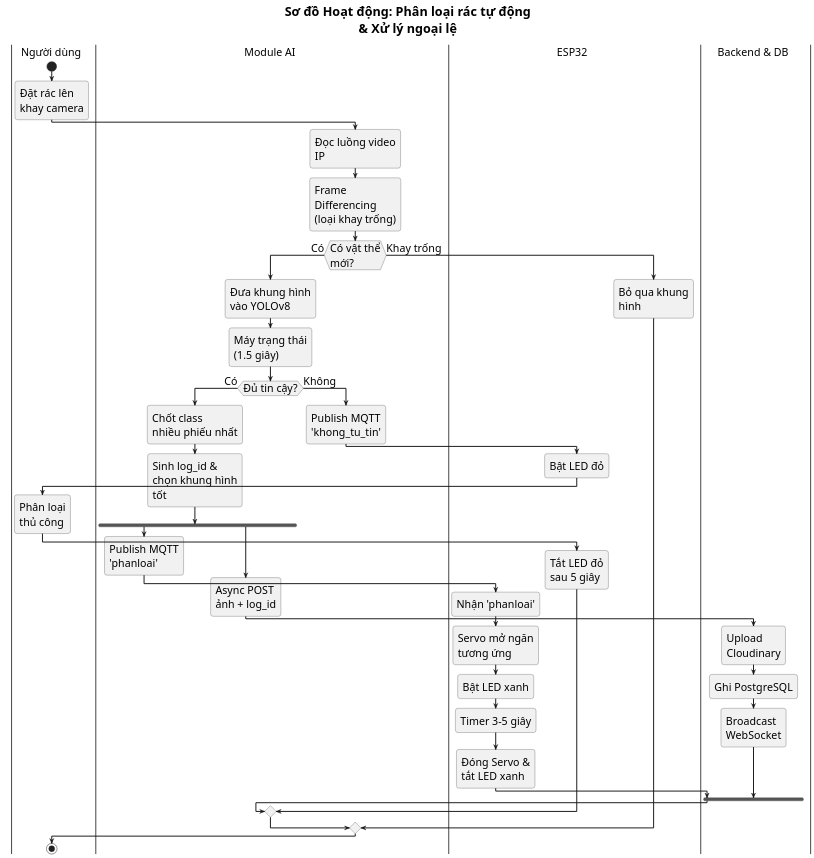
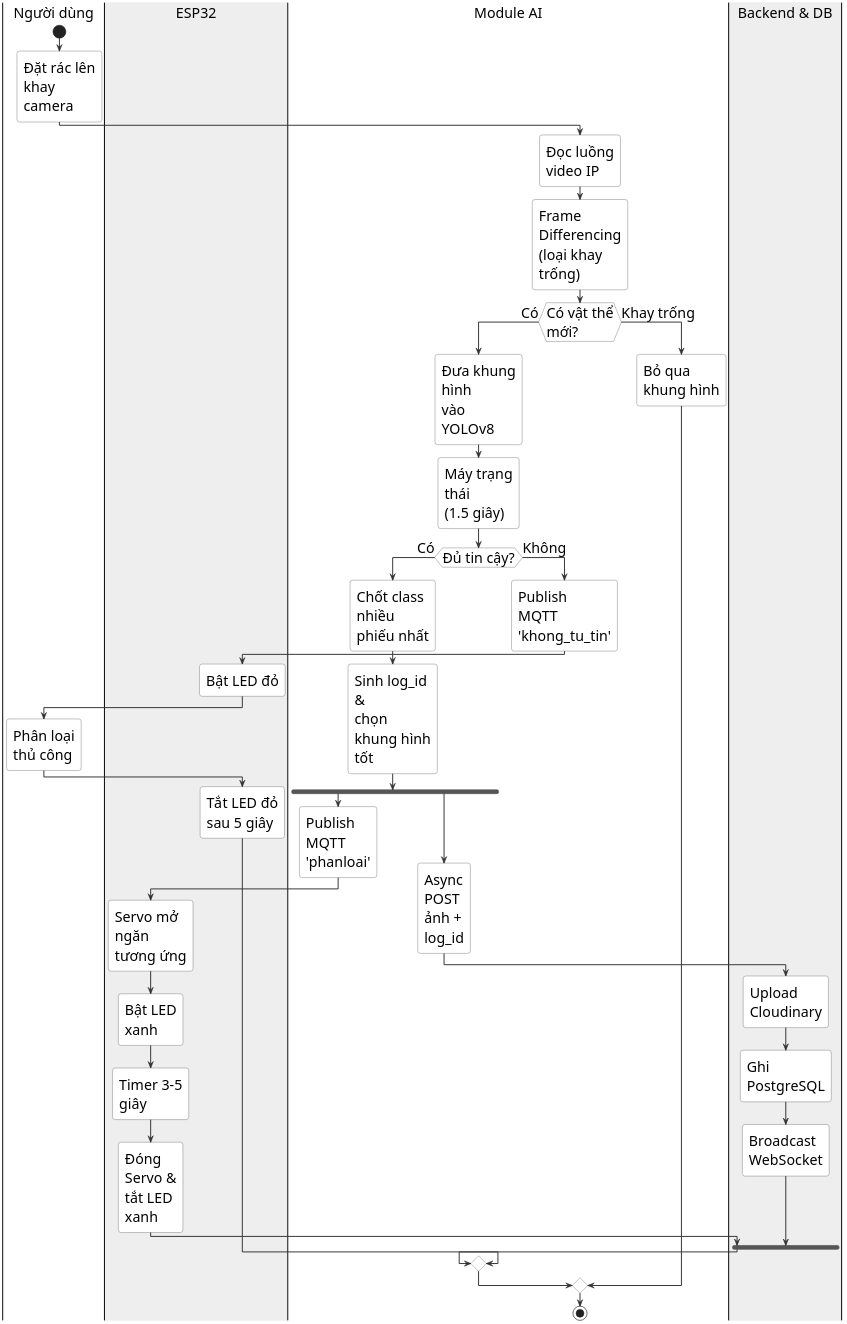
Before and after one commit to NguyenTAnh2005/Do-An-Mon-Hoc: the diagram in DOCS/SoDoKienTruc/2.6.md, drawn with PlantUML. The commit also changed 8 other files, not shown here.

```diff
--- a/DOCS/SoDoKienTruc/2.6.md
+++ b/DOCS/SoDoKienTruc/2.6.md
@@ -1,63 +1,68 @@
 @startuml
-skinparam dpi 150
-skinparam defaultFontName Arial
+skinparam dpi 200
+skinparam defaultFontName "Times New Roman"
 skinparam defaultFontSize 22
 skinparam shadowing false
-skinparam roundcorner 10
-skinparam swimlaneWidth same
-skinparam wrapWidth 180
-skinparam ArrowThickness 2
-skinparam TitleFontSize 26
+skinparam roundcorner 8
+skinparam wrapWidth 120
+skinparam ArrowThickness 1.5
+skinparam ArrowColor #333333
+skinparam activity {
+BackgroundColor #FFFFFF
+BorderColor #444444
+DiamondBackgroundColor #FFFFFF
+DiamondBorderColor #444444
+}
 
-title Sơ đồ Hoạt động: Phân loại rác tự động\n& Xử lý ngoại lệ
-
-|Người dùng|
+|#FFFFFF|Người dùng|
 start
 :Đặt rác lên\nkhay camera;
 
-|Module AI|
-:Đọc luồng video IP;
+|#EEEEEE|ESP32|
+|#FFFFFF|Module AI|
+:Đọc luồng\nvideo IP;
 :Frame Differencing\n(loại khay trống);
 
 if (Có vật thể\nmới?) then (Có)
 :Đưa khung hình\nvào YOLOv8;
 :Máy trạng thái\n(1.5 giây);
 
 if (Đủ tin cậy?) then (Có)
 :Chốt class\nnhiều phiếu nhất;
 :Sinh log_id &\nchọn khung hình tốt;
 
     fork
       :Publish MQTT\n'phanloai';
       |ESP32|
-      :Nhận 'phanloai';
       :Servo mở ngăn\ntương ứng;
       :Bật LED xanh;
       :Timer 3-5 giây;
       :Đóng Servo &\ntắt LED xanh;
     fork again
       |Module AI|
       :Async POST\nảnh + log_id;
-      |Backend & DB|
+      |#EEEEEE|Backend & DB|
       :Upload Cloudinary;
       :Ghi PostgreSQL;
       :Broadcast\nWebSocket;
     end fork
 
 else (Không)
 |Module AI|
 :Publish MQTT\n'khong_tu_tin';
 |ESP32|
 :Bật LED đỏ;
 |Người dùng|
 :Phân loại\nthủ công;
 |ESP32|
 :Tắt LED đỏ\nsau 5 giây;
 endif
+
 else (Khay trống)
+|Module AI|
 :Bỏ qua khung hình;
 endif
 
-|Người dùng|
+|Module AI|
 stop
 @enduml
```
